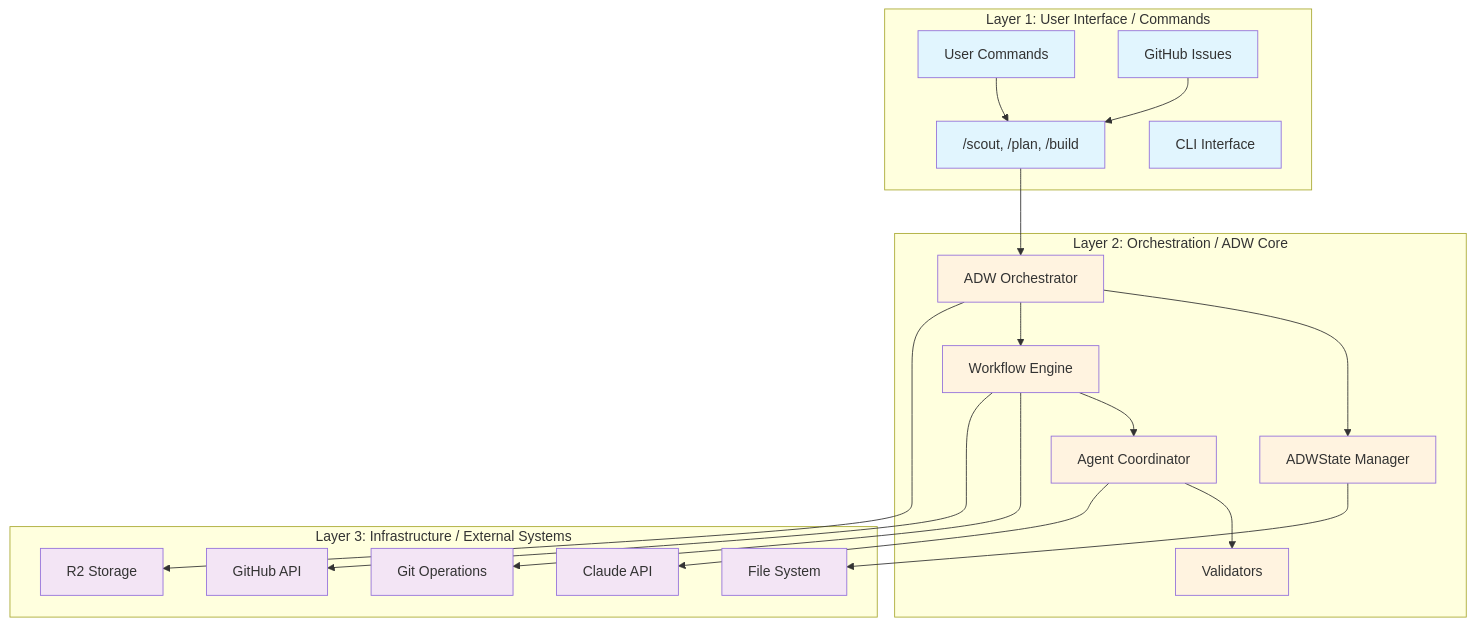
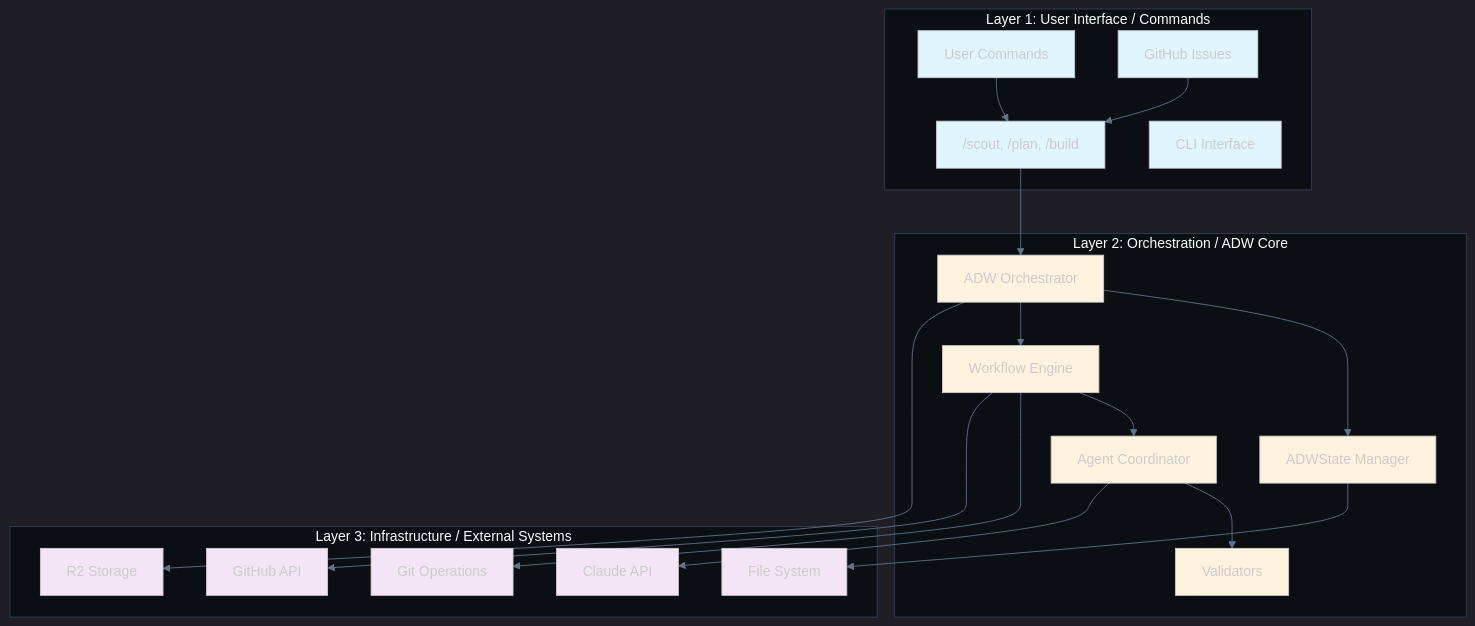
The first of 14 diagrams in ai_docs/architecture/diagrams/system-architecture-overview.md (arkaigrowth/scout-plan-build), drawn with Mermaid before and after one commit. The commit also changed other lines of this file and 5 other files, not shown here.

First line of the commit message:
fix: Fix Mermaid syntax and create shareable architecture docs

````diff
--- a/ai_docs/architecture/diagrams/system-architecture-overview.md
+++ b/ai_docs/architecture/diagrams/system-architecture-overview.md
@@ -15,56 +15,64 @@
 ```mermaid
+%%{init: {'theme': 'dark', 'themeVariables': {
+  'background': '#0b0f14',
+  'primaryTextColor': '#e5e7eb',
+  'lineColor': '#64748b',
+  'clusterBkg': '#0b0f14',
+  'clusterBorder': '#334155',
+  'edgeLabelBackground': '#0b0f14'
+}}}%%
 graph TB
-    subgraph "Layer 1: User Interface / Commands"
+    subgraph Layer1["Layer 1: User Interface / Commands"]
         UC[User Commands]
         SC["/scout, /plan, /build"]
         GH[GitHub Issues]
         CLI[CLI Interface]
     end
 
-    subgraph "Layer 2: Orchestration / ADW Core"
+    subgraph Layer2["Layer 2: Orchestration / ADW Core"]
         ADW[ADW Orchestrator]
         STATE[ADWState Manager]
         WF[Workflow Engine]
         AGENT[Agent Coordinator]
         VAL[Validators]
     end
 
-    subgraph "Layer 3: Infrastructure / External Systems"
+    subgraph Layer3["Layer 3: Infrastructure / External Systems"]
         GIT[Git Operations]
         GHAPI[GitHub API]
         CLAUDE[Claude API]
         FS[File System]
         R2[R2 Storage]
     end
 
     UC --> SC
     GH --> SC
     SC --> ADW
     ADW --> STATE
     ADW --> WF
     WF --> AGENT
     AGENT --> VAL
 
     WF --> GIT
     WF --> GHAPI
     AGENT --> CLAUDE
     STATE --> FS
     ADW --> R2
 
     style UC fill:#e1f5fe
     style SC fill:#e1f5fe
     style GH fill:#e1f5fe
     style CLI fill:#e1f5fe
 
     style ADW fill:#fff3e0
     style STATE fill:#fff3e0
     style WF fill:#fff3e0
     style AGENT fill:#fff3e0
     style VAL fill:#fff3e0
 
     style GIT fill:#f3e5f5
     style GHAPI fill:#f3e5f5
     style CLAUDE fill:#f3e5f5
     style FS fill:#f3e5f5
     style R2 fill:#f3e5f5
 ```
````
